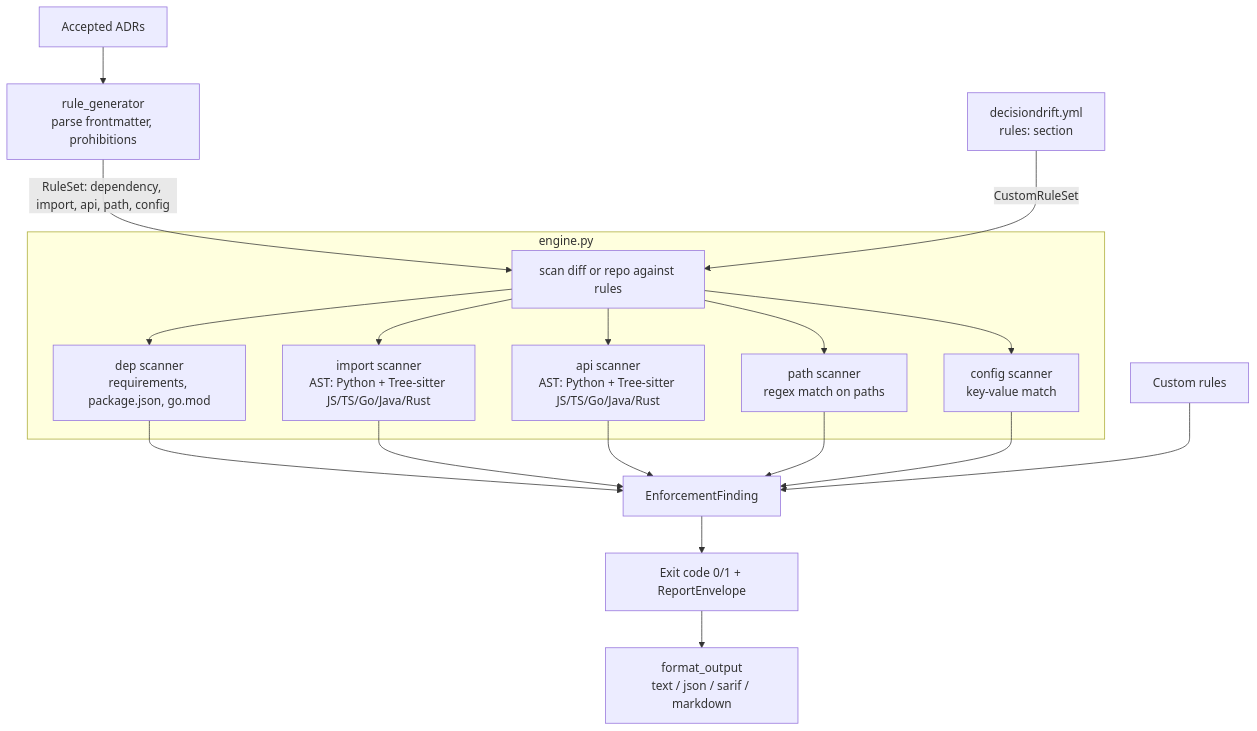
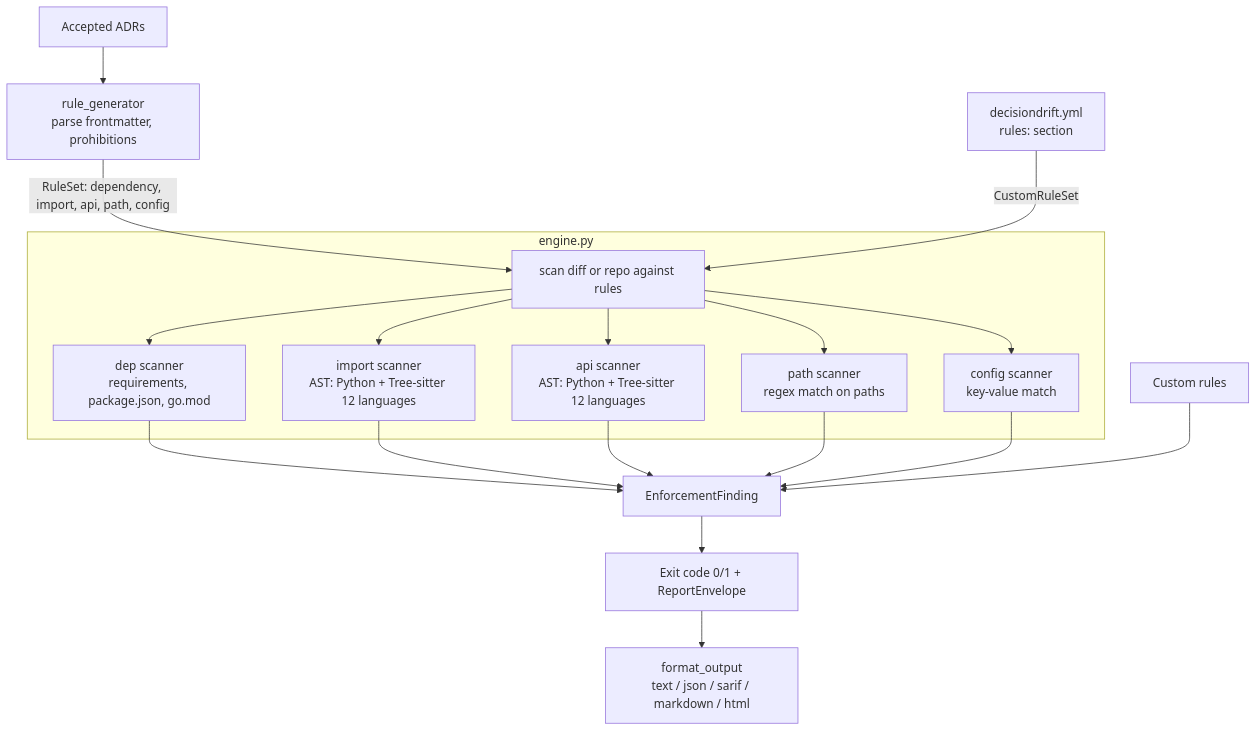
Before and after one commit to madhan-karthikeyan/DecisionDrift: the third of 5 diagrams in docs/architecture.md, drawn with Mermaid. The commit also changed other lines of this file and 5 other files, not shown here.

````diff
--- a/docs/architecture.md
+++ b/docs/architecture.md
@@ -88,27 +89,27 @@
 ```mermaid
 graph TD
     A[Accepted ADRs] --> RG
     
     RG[rule_generator<br>parse frontmatter, prohibitions] --> |RuleSet: dependency, import, api, path, config| E
     
     subgraph engine.py
         E[scan diff or repo against rules]
         E --> D[dep scanner<br>requirements, package.json, go.mod]
-        E --> I[import scanner<br>AST: Python + Tree-sitter JS/TS/Go/Java/Rust]
-        E --> API[api scanner<br>AST: Python + Tree-sitter JS/TS/Go/Java/Rust]
+        E --> I[import scanner<br>AST: Python + Tree-sitter 12 languages]
+        E --> API[api scanner<br>AST: Python + Tree-sitter 12 languages]
         E --> P[path scanner<br>regex match on paths]
         E --> C[config scanner<br>key-value match]
     end
 
     CFG[decisiondrift.yml<br>rules: section] --> |CustomRuleSet| E
     
     D --> F[EnforcementFinding]
     I --> F
     API --> F
     P --> F
     C --> F
     CR[Custom rules] --> F
     
     F --> X[Exit code 0/1 + ReportEnvelope]
-    X --> FM[format_output<br>text / json / sarif / markdown]
+    X --> FM[format_output<br>text / json / sarif / markdown / html]
 ```
````
